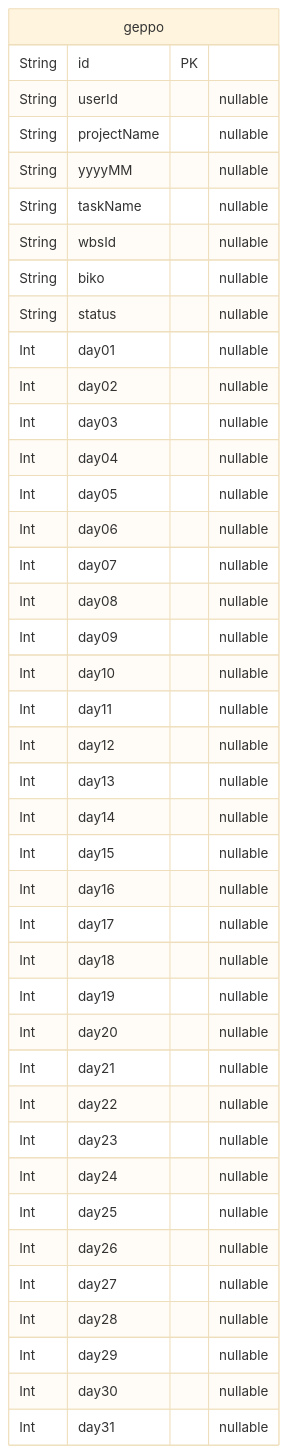
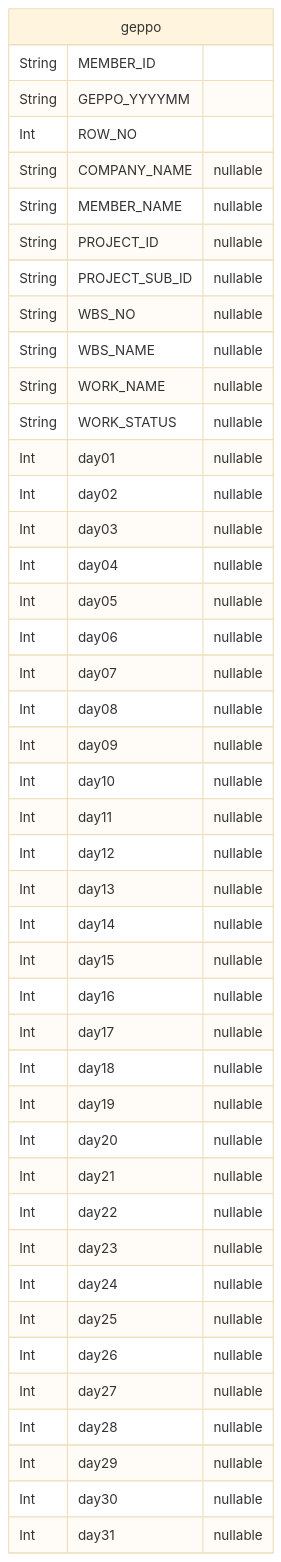
One commit to yasudaProduct/project-managed-app changed the diagram in ERD.mysql.md. Above: the diagram before and after it, drawn with Mermaid (base theme). The commit also changed other lines of this file and 9 other files, not shown here.

````diff
--- a/ERD.mysql.md
+++ b/ERD.mysql.md
@@ -7,44 +7,47 @@
 ```mermaid
 erDiagram
 "geppo" {
-  String id PK
-  String userId "nullable"
-  String projectName "nullable"
-  String yyyyMM "nullable"
-  String taskName "nullable"
-  String wbsId "nullable"
-  String biko "nullable"
-  String status "nullable"
+  String MEMBER_ID
+  String GEPPO_YYYYMM
+  Int ROW_NO
+  String COMPANY_NAME "nullable"
+  String MEMBER_NAME "nullable"
+  String PROJECT_ID "nullable"
+  String PROJECT_SUB_ID "nullable"
+  String WBS_NO "nullable"
+  String WBS_NAME "nullable"
+  String WORK_NAME "nullable"
+  String WORK_STATUS "nullable"
   Int day01 "nullable"
   Int day02 "nullable"
   Int day03 "nullable"
   Int day04 "nullable"
   Int day05 "nullable"
   Int day06 "nullable"
   Int day07 "nullable"
   Int day08 "nullable"
   Int day09 "nullable"
   Int day10 "nullable"
   Int day11 "nullable"
   Int day12 "nullable"
   Int day13 "nullable"
   Int day14 "nullable"
   Int day15 "nullable"
   Int day16 "nullable"
   Int day17 "nullable"
   Int day18 "nullable"
   Int day19 "nullable"
   Int day20 "nullable"
   Int day21 "nullable"
   Int day22 "nullable"
   Int day23 "nullable"
   Int day24 "nullable"
   Int day25 "nullable"
   Int day26 "nullable"
   Int day27 "nullable"
   Int day28 "nullable"
   Int day29 "nullable"
   Int day30 "nullable"
   Int day31 "nullable"
 }
 ```
````
